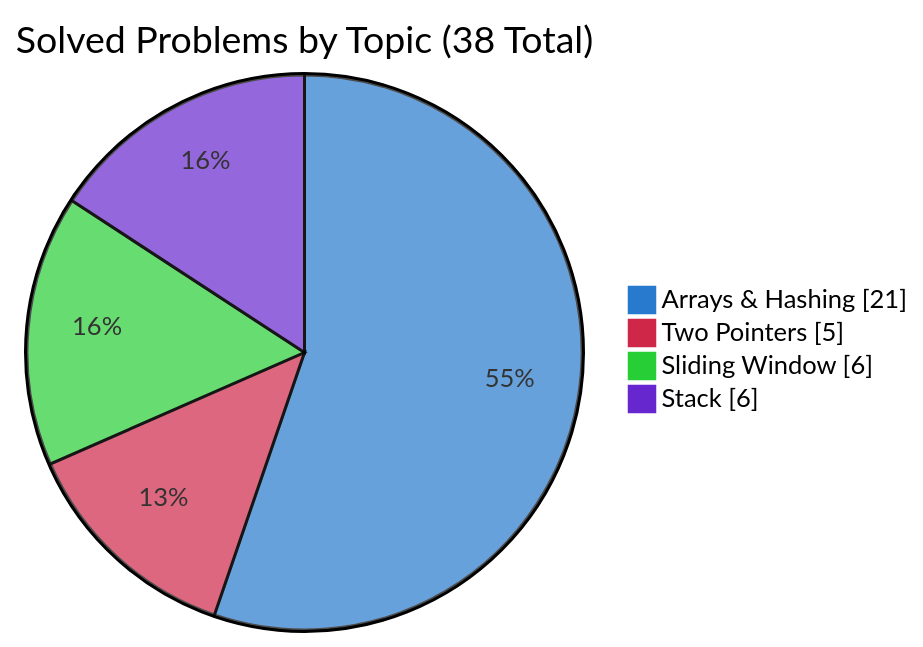
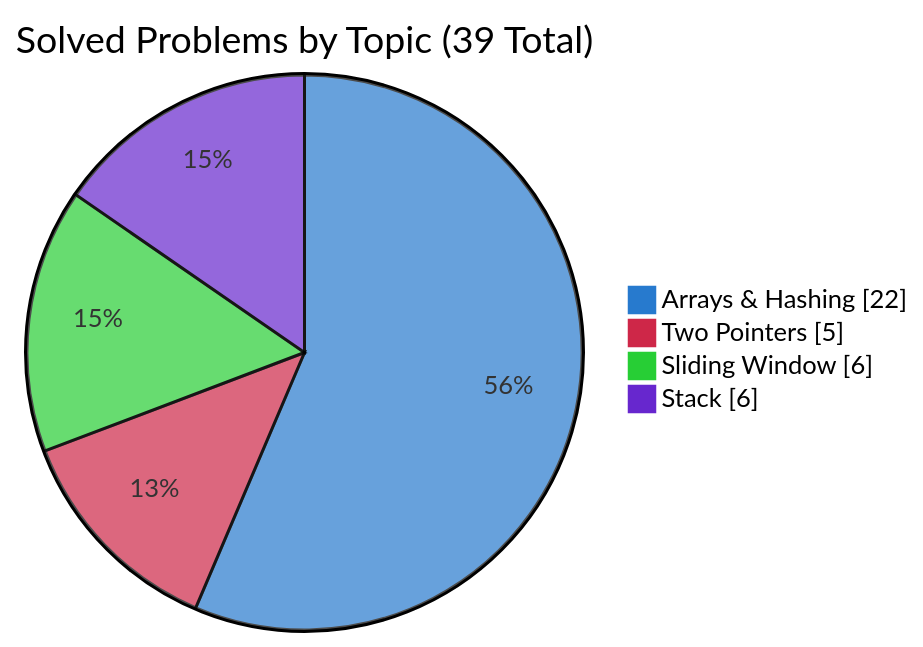
One commit to simonesiega/leetcode-solutions changed the second of 3 diagrams in README.md. Above: the diagram before and after it, drawn with Mermaid. The commit also changed other lines of this file and 3 other files, not shown here.

````diff
--- a/README.md
+++ b/README.md
@@ -84,9 +84,9 @@
 ```mermaid
 %%{init: {"themeVariables":{"pie1":"#277ace","pie2":"#ce2748","pie3":"#27ce35","pie4":"#6727ce"},"themeCSS":".pieCircle:nth-of-type(1){fill:#277ace!important}.legend:nth-of-type(2) rect{fill:#277ace!important;stroke:#277ace!important}.pieCircle:nth-of-type(2){fill:#ce2748!important}.legend:nth-of-type(3) rect{fill:#ce2748!important;stroke:#ce2748!important}.pieCircle:nth-of-type(3){fill:#27ce35!important}.legend:nth-of-type(4) rect{fill:#27ce35!important;stroke:#27ce35!important}.pieCircle:nth-of-type(4){fill:#6727ce!important}.legend:nth-of-type(5) rect{fill:#6727ce!important;stroke:#6727ce!important}"}}%%
 pie showData
-    title Solved Problems by Topic (38 Total)
-    "Arrays & Hashing" : 21
+    title Solved Problems by Topic (39 Total)
+    "Arrays & Hashing" : 22
     "Two Pointers" : 5
     "Sliding Window" : 6
     "Stack" : 6
 ```
````
